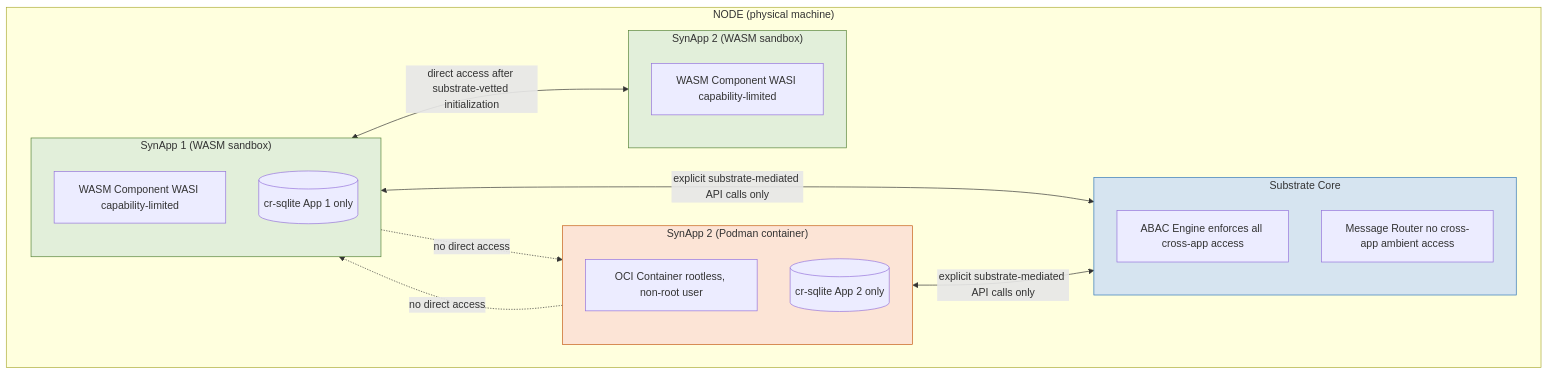
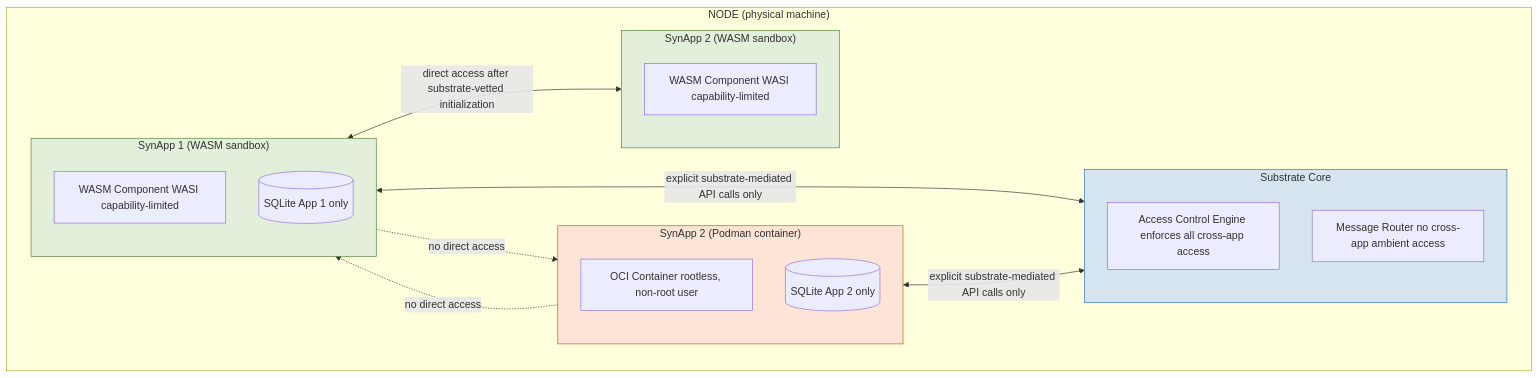
Diagram 22 of 22 in docs/system-architecture.md (syneroym/syneroym), drawn with Mermaid before and after one commit. The commit also changed other lines of this file and 3 other files, not shown here.

First line of the commit message:
docs: reconcile architecture docs with reality

````diff
--- a/docs/system-architecture.md
+++ b/docs/system-architecture.md
@@ -1189,35 +1061,35 @@
 ```mermaid
 flowchart TD
     subgraph NODE2["NODE (physical machine)"]
         subgraph APP1["SynApp 1 (WASM sandbox)"]
             W1[WASM Component WASI capability-limited]
-            DB1[(cr-sqlite App 1 only)]
+            DB1[(SQLite App 1 only)]
         end
 
         subgraph APP2["SynApp 2 (Podman container)"]
             P1[OCI Container rootless, non-root user]
-            DB2[(cr-sqlite App 2 only)]
+            DB2[(SQLite App 2 only)]
         end
 
         subgraph APP3["SynApp 2 (WASM sandbox)"]
             W2[WASM Component WASI capability-limited]
-            DB2[(cr-sqlite App 2 only)]
+            DB2[(SQLite App 2 only)]
         end
 
         subgraph SUBSTRATE_CORE["Substrate Core"]
-            AC3[ABAC Engine enforces all cross-app access]
+            AC3[Access Control Engine enforces all cross-app access]
             MSG4[Message Router no cross-app ambient access]
         end
     end
 
     APP1 <-->|"direct access after substrate-vetted initialization"| APP3
     APP1 <-->|"explicit substrate-mediated API calls only"| SUBSTRATE_CORE
     APP2 <-->|"explicit substrate-mediated API calls only"| SUBSTRATE_CORE
     APP1 -. "no direct access" .-> APP2
     APP2 -. "no direct access" .-> APP1
 
     style APP1 fill:#E2EFDA,stroke:#548235
     style APP2 fill:#FCE4D6,stroke:#C55A11
     style APP3 fill:#E2EFDA,stroke:#548235
     style SUBSTRATE_CORE fill:#D6E4F0,stroke:#2E75B6
 ```
````
